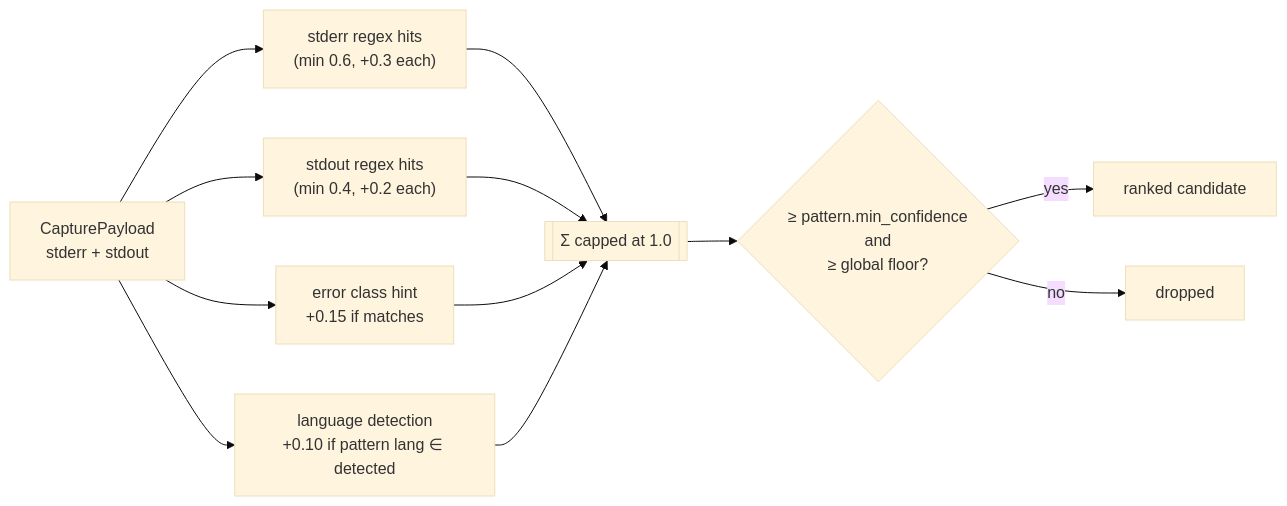
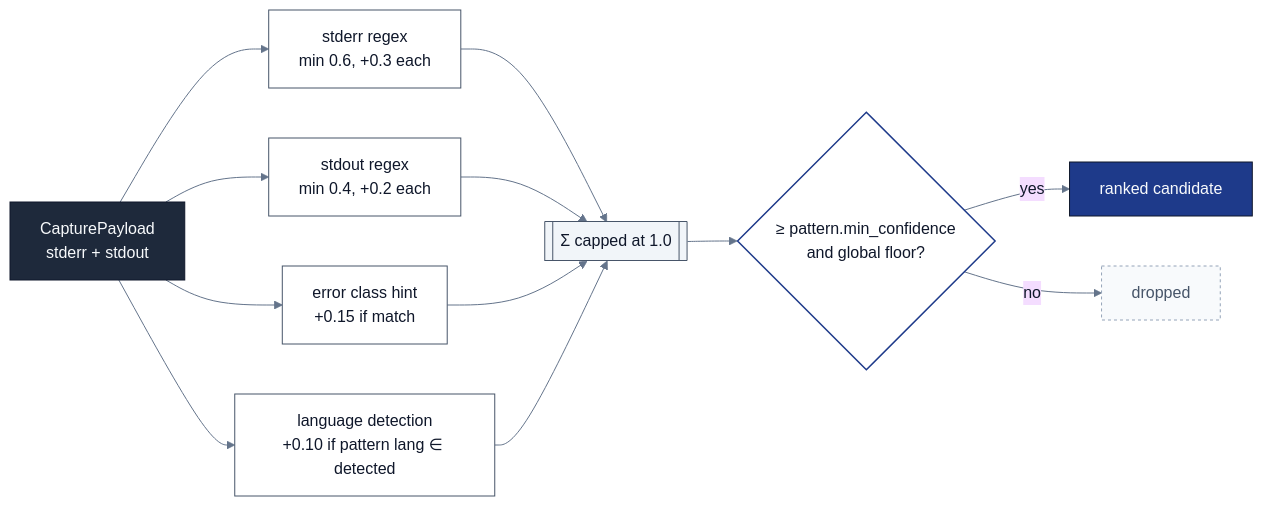
One commit to viditkbhatnagar/immunize changed the sixth of 14 diagrams in README.md. Above: the diagram before and after it, drawn with Mermaid. The commit also changed other lines of this file, not shown here.

First line of the commit message:
Redesign README mermaid diagrams with corporate styling

````diff
--- a/README.md
+++ b/README.md
@@ -291,12 +319,19 @@
 ```mermaid
-%%{init: {'theme':'base'}}%%
+%%{init: {'theme':'base', 'themeVariables': {'fontFamily':'Inter, system-ui, -apple-system, sans-serif', 'primaryTextColor':'#0f172a', 'lineColor':'#64748b'}}}%%
 flowchart LR
-    P[CapturePayload<br/>stderr + stdout] --> S1["stderr regex hits<br/>(min 0.6, +0.3 each)"]
-    P --> S2["stdout regex hits<br/>(min 0.4, +0.2 each)"]
-    P --> S3["error class hint<br/>+0.15 if matches"]
-    P --> S4["language detection<br/>+0.10 if pattern lang ∈ detected"]
-    S1 & S2 & S3 & S4 --> SUM[["Σ capped at 1.0"]]
-    SUM --> CMP{≥ pattern.min_confidence<br/>and<br/>≥ global floor?}
-    CMP -->|yes| RANK[ranked candidate]
-    CMP -->|no| DROP[dropped]
+    classDef input fill:#1e293b,stroke:#0f172a,stroke-width:1px,color:#f8fafc
+    classDef signal fill:#ffffff,stroke:#475569,stroke-width:1px,color:#0f172a
+    classDef agg fill:#f1f5f9,stroke:#475569,stroke-width:1px,color:#0f172a
+    classDef gate fill:#ffffff,stroke:#1e3a8a,stroke-width:1.5px,color:#0f172a
+    classDef ok fill:#1e3a8a,stroke:#0f172a,stroke-width:1px,color:#f8fafc
+    classDef drop fill:#f8fafc,stroke:#94a3b8,color:#475569,stroke-dasharray:3 3
+
+    P["CapturePayload<br/>stderr + stdout"]:::input --> S1["stderr regex<br/>min 0.6, +0.3 each"]:::signal
+    P --> S2["stdout regex<br/>min 0.4, +0.2 each"]:::signal
+    P --> S3["error class hint<br/>+0.15 if match"]:::signal
+    P --> S4["language detection<br/>+0.10 if pattern lang ∈ detected"]:::signal
+    S1 & S2 & S3 & S4 --> SUM[["Σ capped at 1.0"]]:::agg
+    SUM --> CMP{"≥ pattern.min_confidence<br/>and global floor?"}:::gate
+    CMP -- yes --> RANK["ranked candidate"]:::ok
+    CMP -- no --> DROP["dropped"]:::drop
 ```
````
